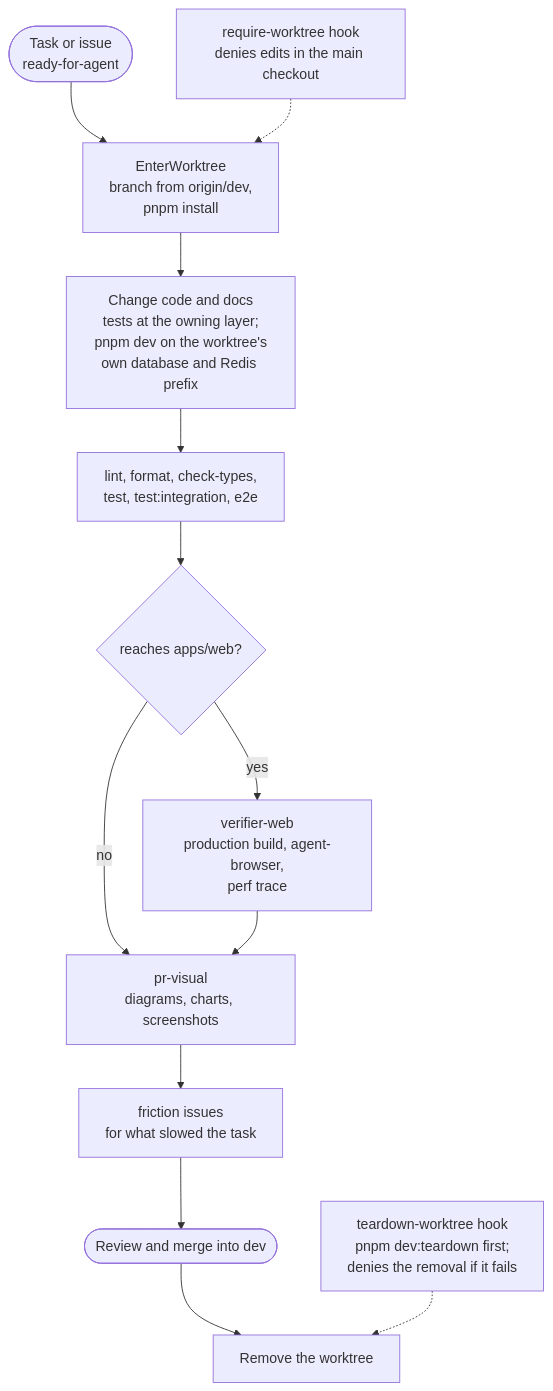
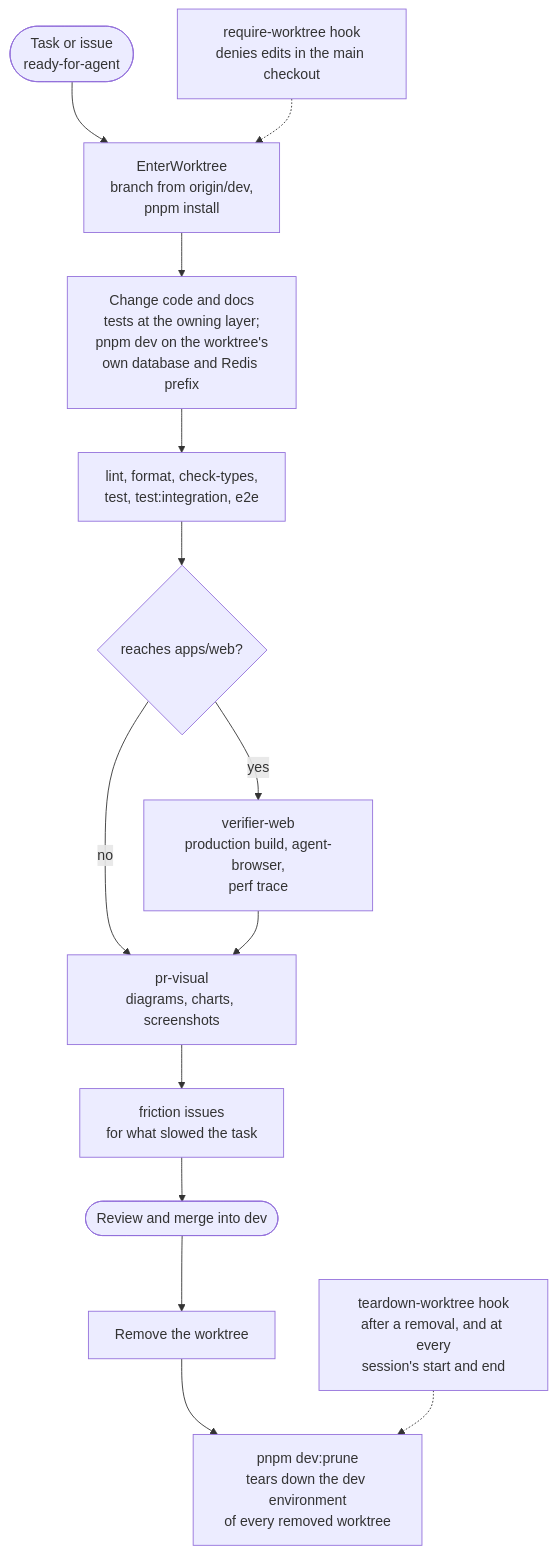
One commit to m0t0r/cognitive-wealth changed the diagram in docs/diagrams/agent-sdlc.mmd. Above: the diagram before and after it, drawn with Mermaid. The commit also changed 16 other files, not shown here.

First line of the commit message:
feat(dev-env): sweep removed worktrees after removal and at every session edge

```diff
--- a/docs/diagrams/agent-sdlc.mmd
+++ b/docs/diagrams/agent-sdlc.mmd
@@ -1,14 +1,15 @@
 flowchart TB
   issue(["Task or issue<br/>ready-for-agent"]) --> wt["EnterWorktree<br/>branch from origin/dev,<br/>pnpm install"]
   wt --> code["Change code and docs<br/>tests at the owning layer;<br/>pnpm dev on the worktree's<br/>own database and Redis prefix"]
   code --> checks["lint, format, check-types,<br/>test, test:integration, e2e"]
   checks --> verify{"reaches apps/web?"}
   verify -->|yes| vw["verifier-web<br/>production build, agent-browser,<br/>perf trace"]
   verify -->|no| pr
   vw --> pr["pr-visual<br/>diagrams, charts, screenshots"]
   pr --> fr["friction issues<br/>for what slowed the task"]
   fr --> review(["Review and merge into dev"])
   review --> rm["Remove the worktree"]
 
   guard["require-worktree hook<br/>denies edits in the main checkout"] -.-> wt
-  teardown["teardown-worktree hook<br/>pnpm dev:teardown first;<br/>denies the removal if it fails"] -.-> rm
+  rm --> sweep["pnpm dev:prune<br/>tears down the dev environment<br/>of every removed worktree"]
+  hook["teardown-worktree hook<br/>after a removal, and at every<br/>session's start and end"] -.-> sweep
```
